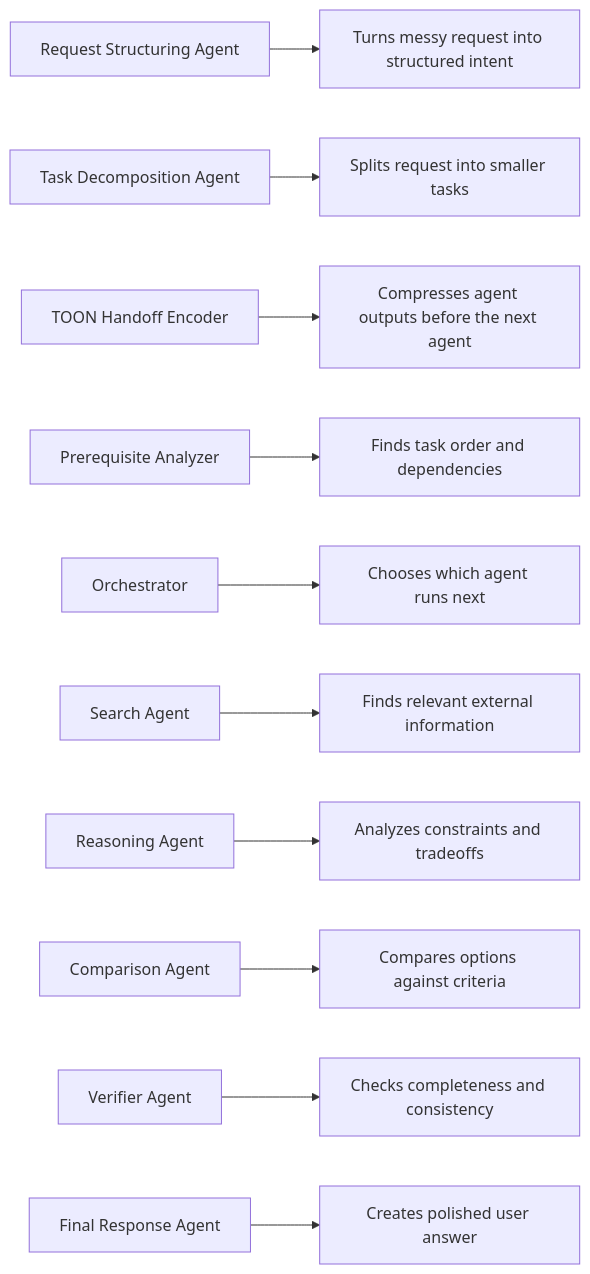
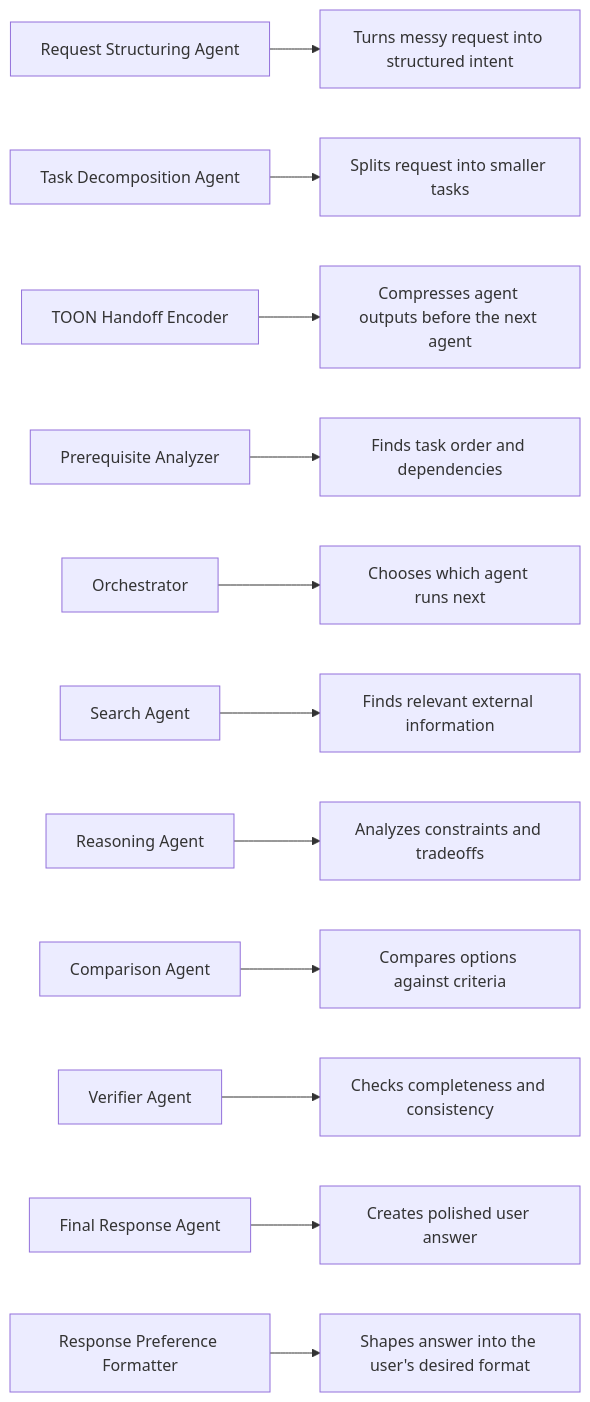
One commit to Hassaan146/agentic-ai-workflow changed the third of 9 diagrams in docs/diagrams.md. Above: the diagram before and after it, drawn with Mermaid. The commit also changed other lines of this file, not shown here.

Commit message:
Add response preference diagrams

````diff
--- a/docs/diagrams.md
+++ b/docs/diagrams.md
@@ -53,13 +55,14 @@
 ```mermaid
 flowchart LR
     A["Request Structuring Agent"] --> A1["Turns messy request into structured intent"]
     B["Task Decomposition Agent"] --> B1["Splits request into smaller tasks"]
     J["TOON Handoff Encoder"] --> J1["Compresses agent outputs before the next agent"]
     C["Prerequisite Analyzer"] --> C1["Finds task order and dependencies"]
     D["Orchestrator"] --> D1["Chooses which agent runs next"]
     E["Search Agent"] --> E1["Finds relevant external information"]
     F["Reasoning Agent"] --> F1["Analyzes constraints and tradeoffs"]
     G["Comparison Agent"] --> G1["Compares options against criteria"]
     H["Verifier Agent"] --> H1["Checks completeness and consistency"]
     I["Final Response Agent"] --> I1["Creates polished user answer"]
+    K["Response Preference Formatter"] --> K1["Shapes answer into the user's desired format"]
 ```
````
